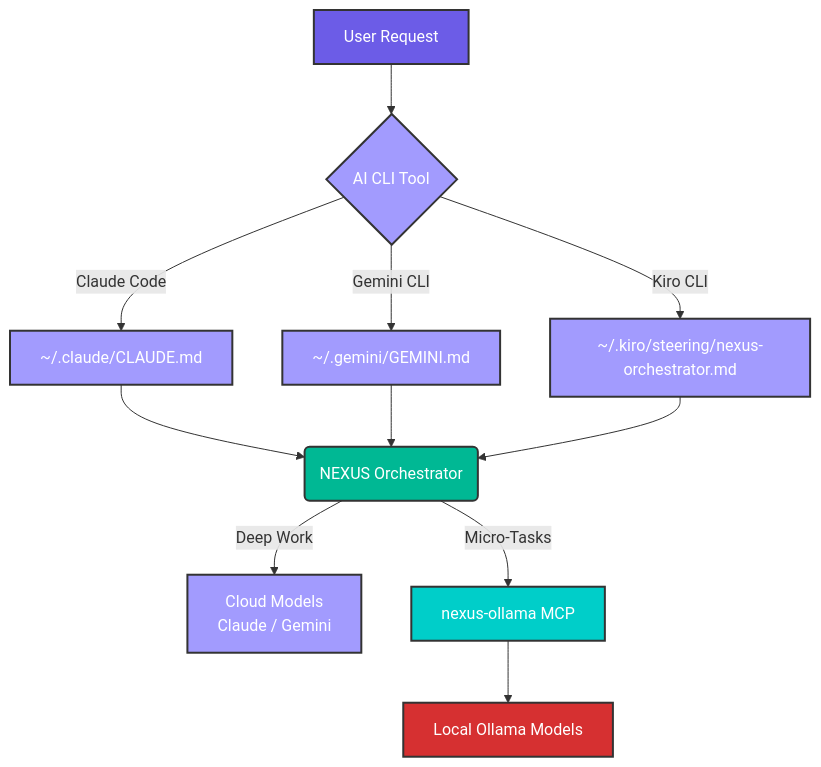
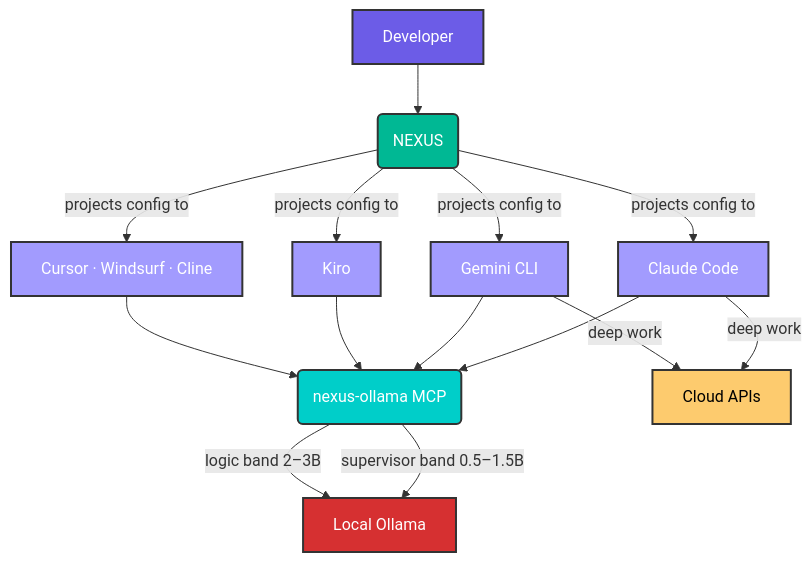
One commit to canoo/agent-nexus changed the diagram in README.md. Above: the diagram before and after it, drawn with Mermaid. The commit also changed other lines of this file, not shown here.

First line of the commit message:
docs: rewrite README with feature overview, tool compat matrix, and roadmap

````diff
--- a/README.md
+++ b/README.md
@@ -50,21 +123,27 @@
 ```mermaid
 graph TD
     classDef user fill:#6c5ce7,stroke:#333,stroke-width:2px,color:#fff;
-    classDef orchestrator fill:#00b894,stroke:#333,stroke-width:2px,color:#fff;
-    classDef cli fill:#a29bfe,stroke:#333,stroke-width:2px,color:#fff;
+    classDef nexus fill:#00b894,stroke:#333,stroke-width:2px,color:#fff;
+    classDef tool fill:#a29bfe,stroke:#333,stroke-width:2px,color:#fff;
     classDef mcp fill:#00cec9,stroke:#333,stroke-width:2px,color:#fff;
     classDef local fill:#d63031,stroke:#333,stroke-width:2px,color:#fff;
+    classDef cloud fill:#fdcb6e,stroke:#333,stroke-width:2px,color:#000;
 
-    A[User Request]:::user --> CLI{AI CLI Tool}:::cli
-    CLI -->|Claude Code| CC[~/.claude/CLAUDE.md]:::cli
-    CLI -->|Gemini CLI| GC[~/.gemini/GEMINI.md]:::cli
-    CLI -->|Kiro CLI| KC[~/.kiro/steering/nexus-orchestrator.md]:::cli
+    U[Developer]:::user --> N(NEXUS):::nexus
 
-    CC --> B(NEXUS Orchestrator):::orchestrator
-    GC --> B
-    KC --> B
+    N -->|projects config to| CC[Claude Code]:::tool
+    N -->|projects config to| GC[Gemini CLI]:::tool
+    N -->|projects config to| KC[Kiro]:::tool
+    N -->|projects config to| CU[Cursor · Windsurf · Cline]:::tool
 
-    B -->|Deep Work| Cloud[Cloud Models<br/>Claude / Gemini]:::cli
-    B -->|Micro-Tasks| MCP[nexus-ollama MCP]:::mcp
-    MCP --> Local[Local Ollama Models]:::local
+    CC --> O(nexus-ollama MCP):::mcp
+    GC --> O
+    KC --> O
+    CU --> O
+
+    O -->|supervisor band 0.5–1.5B| L[Local Ollama]:::local
+    O -->|logic band 2–3B| L
+
+    CC -->|deep work| CL[Cloud APIs]:::cloud
+    GC -->|deep work| CL
 ```
````
